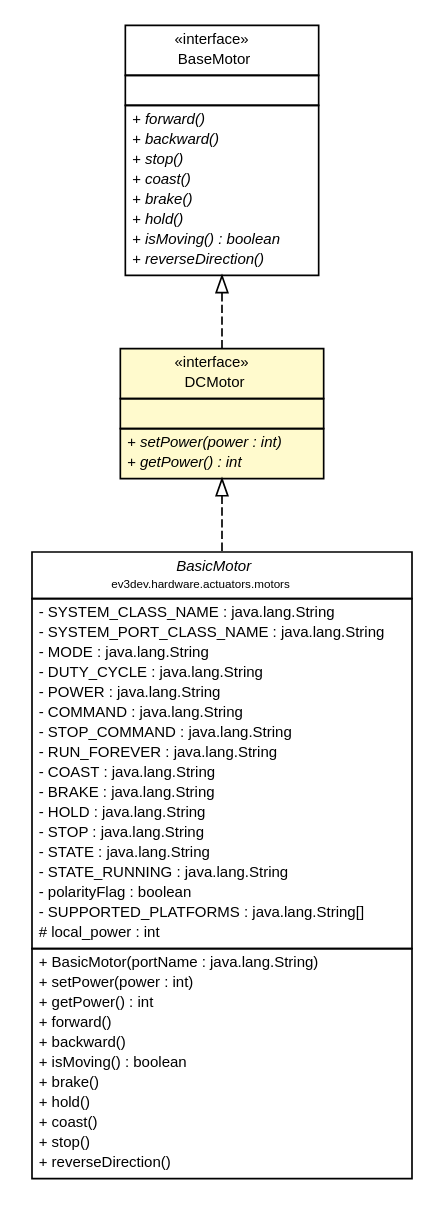
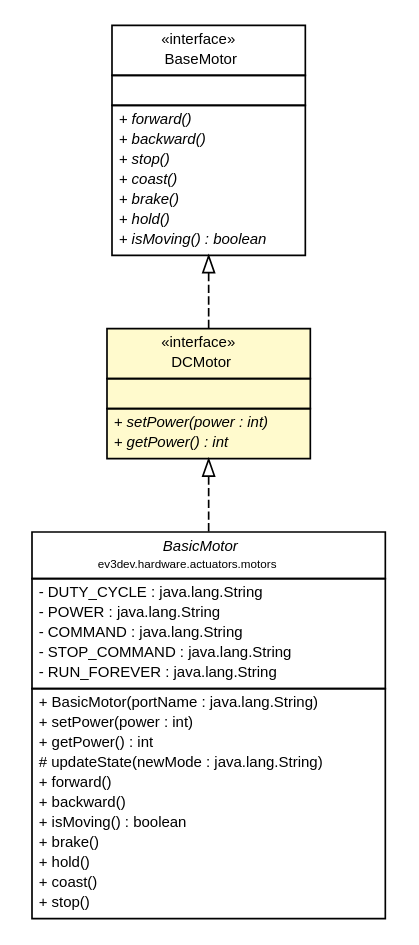
Before and after one commit to ev3dev-lang-java/ev3dev-lang-java: the diagram in docs/api/lejos/robotics/DCMotor.dot, drawn with Graphviz. The commit also changed 167 other files, not shown here.

```diff
--- a/docs/api/lejos/robotics/DCMotor.dot
+++ b/docs/api/lejos/robotics/DCMotor.dot
@@ -1,89 +1,76 @@
 #!/usr/local/bin/dot
 #
 # Class diagram 
 # Generated by UMLGraph version R5_6-24-gf6e263 (http://www.umlgraph.org/)
 #
 
 digraph G {
 	edge [fontname="Helvetica",fontsize=10,labelfontname="Helvetica",labelfontsize=10];
 	node [fontname="Helvetica",fontsize=10,shape=plaintext];
 	nodesep=0.25;
 	ranksep=0.5;
 	// ev3dev.hardware.actuators.motors.BasicMotor
 	c1991 [label=<<table title="ev3dev.hardware.actuators.motors.BasicMotor" border="0" cellborder="1" cellspacing="0" cellpadding="2" port="p" href="../../ev3dev/hardware/actuators/motors/BasicMotor.html">
 		<tr><td><table border="0" cellspacing="0" cellpadding="1">
 <tr><td align="center" balign="center"><font face="Helvetica-Oblique"> BasicMotor </font></td></tr>
 <tr><td align="center" balign="center"><font point-size="7.0"> ev3dev.hardware.actuators.motors </font></td></tr>
 		</table></td></tr>
 		<tr><td><table border="0" cellspacing="0" cellpadding="1">
-<tr><td align="left" balign="left"> - SYSTEM_CLASS_NAME : java.lang.String </td></tr>
-<tr><td align="left" balign="left"> - SYSTEM_PORT_CLASS_NAME : java.lang.String </td></tr>
-<tr><td align="left" balign="left"> - MODE : java.lang.String </td></tr>
 <tr><td align="left" balign="left"> - DUTY_CYCLE : java.lang.String </td></tr>
 <tr><td align="left" balign="left"> - POWER : java.lang.String </td></tr>
 <tr><td align="left" balign="left"> - COMMAND : java.lang.String </td></tr>
 <tr><td align="left" balign="left"> - STOP_COMMAND : java.lang.String </td></tr>
 <tr><td align="left" balign="left"> - RUN_FOREVER : java.lang.String </td></tr>
-<tr><td align="left" balign="left"> - COAST : java.lang.String </td></tr>
-<tr><td align="left" balign="left"> - BRAKE : java.lang.String </td></tr>
-<tr><td align="left" balign="left"> - HOLD : java.lang.String </td></tr>
-<tr><td align="left" balign="left"> - STOP : java.lang.String </td></tr>
-<tr><td align="left" balign="left"> - STATE : java.lang.String </td></tr>
-<tr><td align="left" balign="left"> - STATE_RUNNING : java.lang.String </td></tr>
-<tr><td align="left" balign="left"> - polarityFlag : boolean </td></tr>
-<tr><td align="left" balign="left"> - SUPPORTED_PLATFORMS : java.lang.String[] </td></tr>
-<tr><td align="left" balign="left"> # local_power : int </td></tr>
 		</table></td></tr>
 		<tr><td><table border="0" cellspacing="0" cellpadding="1">
 <tr><td align="left" balign="left"> + BasicMotor(portName : java.lang.String) </td></tr>
 <tr><td align="left" balign="left"> + setPower(power : int) </td></tr>
 <tr><td align="left" balign="left"> + getPower() : int </td></tr>
+<tr><td align="left" balign="left"> # updateState(newMode : java.lang.String) </td></tr>
 <tr><td align="left" balign="left"> + forward() </td></tr>
 <tr><td align="left" balign="left"> + backward() </td></tr>
 <tr><td align="left" balign="left"> + isMoving() : boolean </td></tr>
 <tr><td align="left" balign="left"> + brake() </td></tr>
 <tr><td align="left" balign="left"> + hold() </td></tr>
 <tr><td align="left" balign="left"> + coast() </td></tr>
 <tr><td align="left" balign="left"> + stop() </td></tr>
-<tr><td align="left" balign="left"> + reverseDirection() </td></tr>
 		</table></td></tr>
 		</table>>, URL="../../ev3dev/hardware/actuators/motors/BasicMotor.html", fontname="Helvetica", fontcolor="black", fontsize=9.0];
 	// lejos.robotics.BaseMotor
 	c2027 [label=<<table title="lejos.robotics.BaseMotor" border="0" cellborder="1" cellspacing="0" cellpadding="2" port="p" href="./BaseMotor.html">
 		<tr><td><table border="0" cellspacing="0" cellpadding="1">
 <tr><td align="center" balign="center"> &#171;interface&#187; </td></tr>
 <tr><td align="center" balign="center"> BaseMotor </td></tr>
 		</table></td></tr>
 		<tr><td><table border="0" cellspacing="0" cellpadding="1">
 <tr><td align="left" balign="left">  </td></tr>
 		</table></td></tr>
 		<tr><td><table border="0" cellspacing="0" cellpadding="1">
 <tr><td align="left" balign="left"><font face="Helvetica-Oblique" point-size="9.0"> + forward() </font></td></tr>
 <tr><td align="left" balign="left"><font face="Helvetica-Oblique" point-size="9.0"> + backward() </font></td></tr>
 <tr><td align="left" balign="left"><font face="Helvetica-Oblique" point-size="9.0"> + stop() </font></td></tr>
 <tr><td align="left" balign="left"><font face="Helvetica-Oblique" point-size="9.0"> + coast() </font></td></tr>
 <tr><td align="left" balign="left"><font face="Helvetica-Oblique" point-size="9.0"> + brake() </font></td></tr>
 <tr><td align="left" balign="left"><font face="Helvetica-Oblique" point-size="9.0"> + hold() </font></td></tr>
 <tr><td align="left" balign="left"><font face="Helvetica-Oblique" point-size="9.0"> + isMoving() : boolean </font></td></tr>
-<tr><td align="left" balign="left"><font face="Helvetica-Oblique" point-size="9.0"> + reverseDirection() </font></td></tr>
 		</table></td></tr>
 		</table>>, URL="./BaseMotor.html", fontname="Helvetica", fontcolor="black", fontsize=9.0];
 	// lejos.robotics.DCMotor
 	c2031 [label=<<table title="lejos.robotics.DCMotor" border="0" cellborder="1" cellspacing="0" cellpadding="2" port="p" bgcolor="lemonChiffon" href="./DCMotor.html">
 		<tr><td><table border="0" cellspacing="0" cellpadding="1">
 <tr><td align="center" balign="center"> &#171;interface&#187; </td></tr>
 <tr><td align="center" balign="center"> DCMotor </td></tr>
 		</table></td></tr>
 		<tr><td><table border="0" cellspacing="0" cellpadding="1">
 <tr><td align="left" balign="left">  </td></tr>
 		</table></td></tr>
 		<tr><td><table border="0" cellspacing="0" cellpadding="1">
 <tr><td align="left" balign="left"><font face="Helvetica-Oblique" point-size="9.0"> + setPower(power : int) </font></td></tr>
 <tr><td align="left" balign="left"><font face="Helvetica-Oblique" point-size="9.0"> + getPower() : int </font></td></tr>
 		</table></td></tr>
 		</table>>, URL="./DCMotor.html", fontname="Helvetica", fontcolor="black", fontsize=9.0];
 	//ev3dev.hardware.actuators.motors.BasicMotor implements lejos.robotics.DCMotor
 	c2031:p -> c1991:p [dir=back,arrowtail=empty,style=dashed];
 	//lejos.robotics.DCMotor implements lejos.robotics.BaseMotor
 	c2027:p -> c2031:p [dir=back,arrowtail=empty,style=dashed];
 }
```
